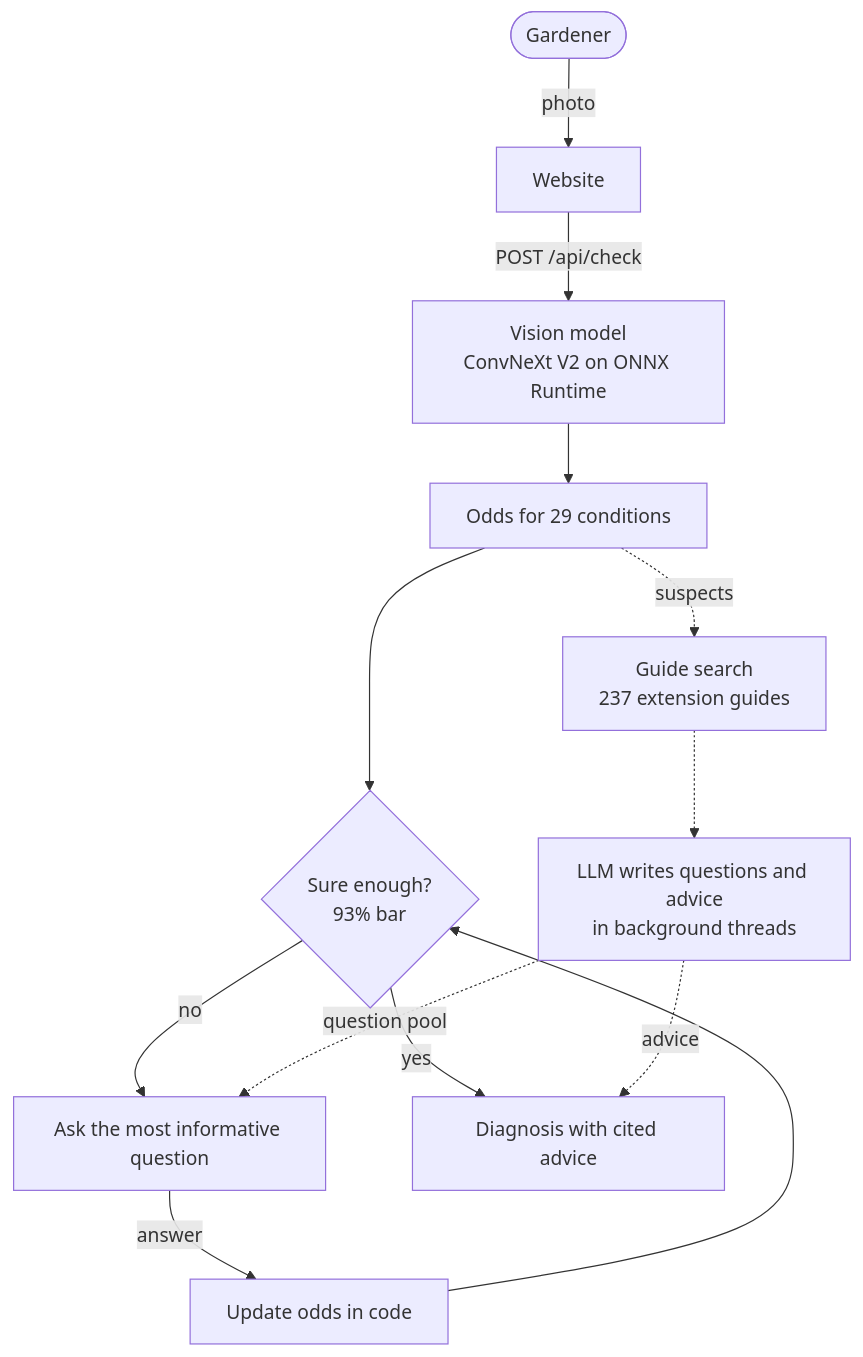
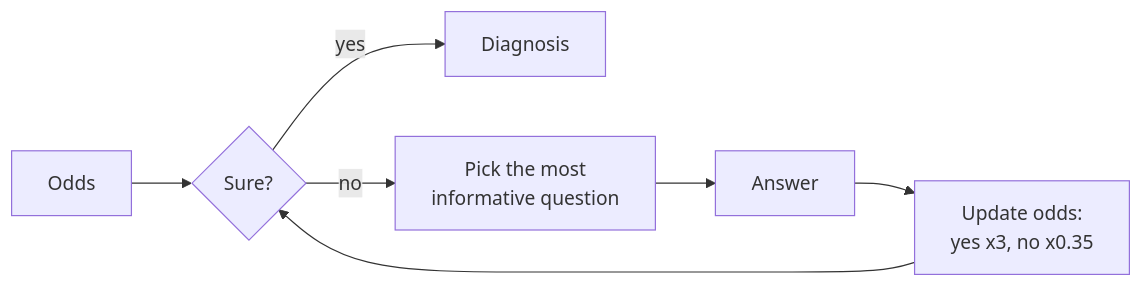
The third of 6 diagrams in README.md (aakashksen/sprout), drawn with Mermaid before and after one commit. The commit also changed other lines of this file, not shown here.

Commit message:
README: one module per architecture section, linked to the deep dives

````diff
--- a/README.md
+++ b/README.md
@@ -65,15 +92,9 @@
 ```mermaid
-flowchart TD
-    U(["Gardener"]) -->|photo| W["Website"]
-    W -->|"POST /api/check"| M["Vision model<br/>ConvNeXt V2 on ONNX Runtime"]
-    M --> O["Odds for 29 conditions"]
-    O --> Q{"Sure enough?<br/>93% bar"}
-    Q -->|no| A["Ask the most informative question"]
-    A -->|answer| E["Update odds in code"]
-    E --> Q
-    Q -->|yes| D["Diagnosis with cited advice"]
-    O -. suspects .-> G["Guide search<br/>237 extension guides"]
-    G -.-> L["LLM writes questions and advice<br/>in background threads"]
-    L -. question pool .-> A
-    L -. advice .-> D
+flowchart LR
+    O["Odds"] --> S{"Sure?"}
+    S -->|yes| D["Diagnosis"]
+    S -->|no| P["Pick the most<br/>informative question"]
+    P --> A["Answer"]
+    A --> U["Update odds:<br/>yes x3, no x0.35"]
+    U --> S
 ```
````
